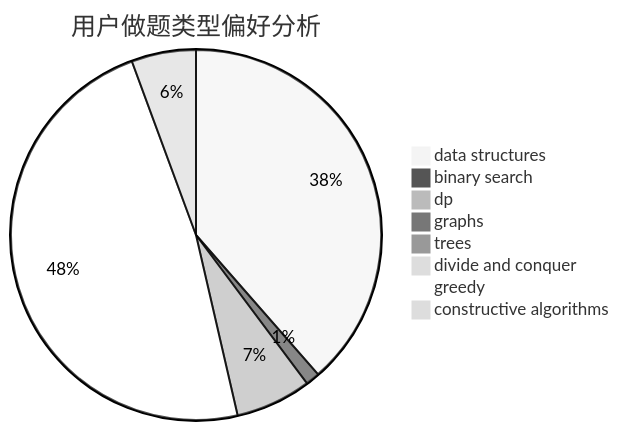
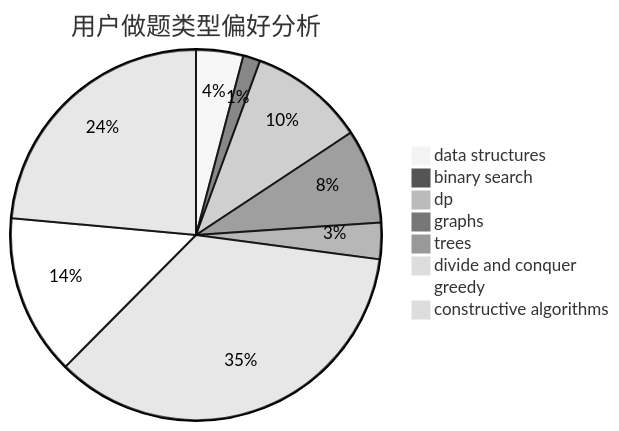
Before and after one commit to sherpahu/cfrs.github.io: the second of 3 diagrams in docs/user/u1025.md, drawn with Mermaid (neutral theme). The commit also changed other lines of this file and 2770 other files, not shown here.

````diff
--- a/docs/user/u1025.md
+++ b/docs/user/u1025.md
@@ -23,11 +23,11 @@
 ```mermaid
 pie title 用户做题类型偏好分析
-    "data structures" :  315
-    "binary search" :  10
+    "data structures" :  22
+    "binary search" :  8
     "dp" :  54
-    "graphs" :  6
-    "trees" :  0
-    "divide and conquer" :  0
-    "greedy" :  392
-    "constructive algorithms" :  46
+    "graphs" :  44
+    "trees" :  17
+    "divide and conquer" :  189
+    "greedy" :  75
+    "constructive algorithms" :  126
 ```
````
